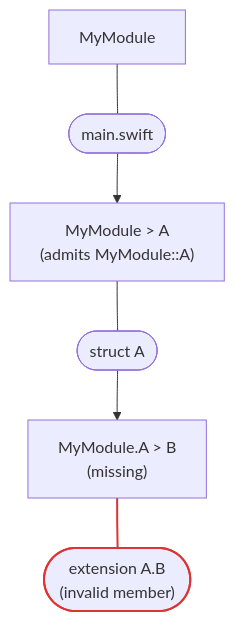
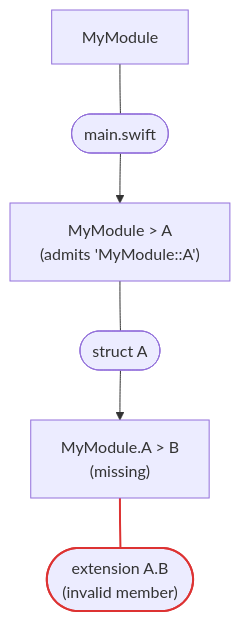
Before and after one commit to swiftlang/swift-syntax: the second of 8 diagrams in Sources/SwiftLexicalLookup/SwiftLexicalLookup.docc/TypeGraph.md, drawn with Mermaid. The commit also changed other lines of this file, not shown here.

````diff
--- a/Sources/SwiftLexicalLookup/SwiftLexicalLookup.docc/TypeGraph.md
+++ b/Sources/SwiftLexicalLookup/SwiftLexicalLookup.docc/TypeGraph.md
@@ -66,20 +66,20 @@
 ```mermaid
 flowchart TD
     root["MyModule"]
-    memberTopA["MyModule > A<br/>(admits MyModule::A)"]
+    memberTopA["MyModule > A<br/>(admits 'MyModule::A')"]
     memberB["MyModule.A > B<br/>(missing)"]
     file(["main.swift"])
     mainDecl(["struct A"])
     extAB(["extension A.B<br/>(invalid member)"])
 
     root --- file
     file --> memberTopA
     memberTopA --- mainDecl
     mainDecl --> memberB
     memberB --- extAB
 
-    classDef cycle stroke:#d33,stroke-width:2px
-    class extAB cycle
+    classDef invalid stroke:#d33,stroke-width:2px
+    class extAB invalid
     linkStyle 4 stroke:#d33,stroke-width:2px
 
 ```
````
